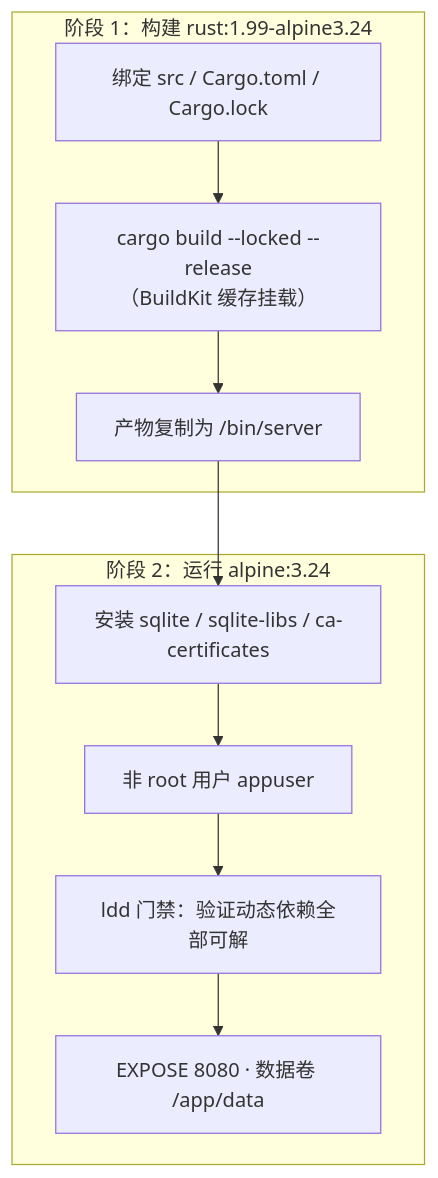
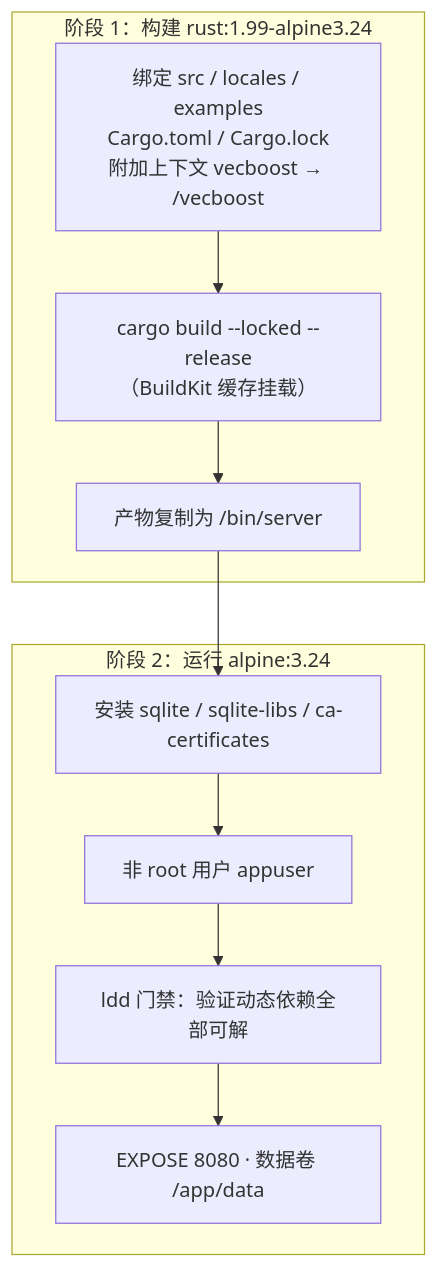
Before and after one commit to Kirky-X/fluxgate: the fourth of 4 diagrams in docs/USER_GUIDE.md, drawn with Mermaid. The commit also changed other lines of this file and 2 other files, not shown here.

Commit message:
docs(guide): 用户指南与 FAQ 对齐——SDK 600s/compose data 路径/HEALTHCHECK 120s/vecboost 前置/[[vendors]] 补 5 字段+model_type/CostTracker 24h 窗恢复/补五段速览;config.example pool_size 对齐默认+演示值注释

````diff
--- a/docs/USER_GUIDE.md
+++ b/docs/USER_GUIDE.md
@@ -1054,13 +1121,13 @@
 ```mermaid
 flowchart TB
     subgraph S1["阶段 1：构建 rust:1.99-alpine3.24"]
-        A["绑定 src / Cargo.toml / Cargo.lock"] --> B["cargo build --locked --release<br/>（BuildKit 缓存挂载）"]
+        A["绑定 src / locales / examples<br/>Cargo.toml / Cargo.lock<br/>附加上下文 vecboost → /vecboost"] --> B["cargo build --locked --release<br/>（BuildKit 缓存挂载）"]
         B --> C["产物复制为 /bin/server"]
     end
     subgraph S2["阶段 2：运行 alpine:3.24"]
         D["安装 sqlite / sqlite-libs / ca-certificates"] --> E["非 root 用户 appuser"]
         E --> G["ldd 门禁：验证动态依赖全部可解"]
         G --> F["EXPOSE 8080 · 数据卷 /app/data"]
     end
     C --> D
 ```
````
